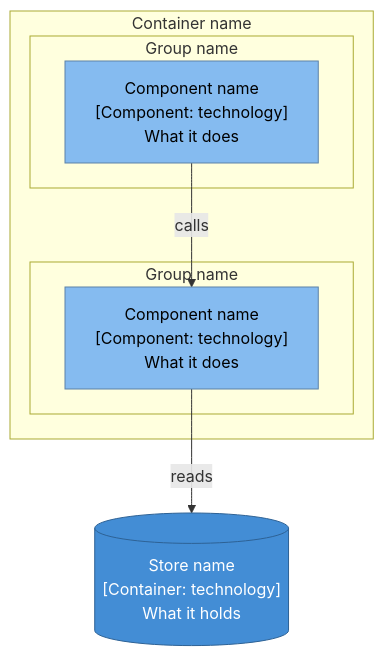
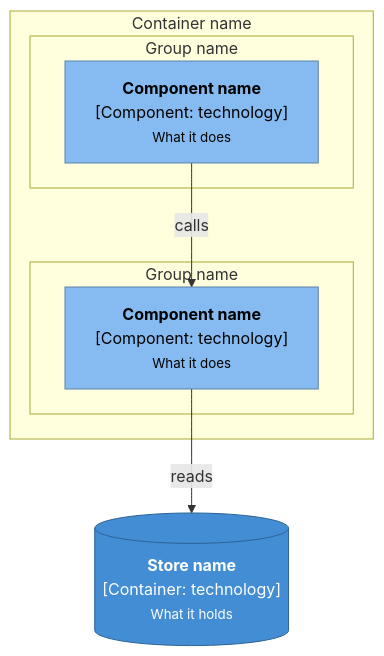
Before and after one commit to lyeyixian/job-search-app: the third of 5 diagrams in docs/architecture/diagram-templates.md, drawn with Mermaid. The commit also changed other lines of this file and 4 other files, not shown here.

First line of the commit message:
Shorten diagram labels and set line limits in the templates

````diff
--- a/docs/architecture/diagram-templates.md
+++ b/docs/architecture/diagram-templates.md
@@ -103,23 +113,23 @@
 ```mermaid
 flowchart TB
     subgraph container["Container name"]
         subgraph groupA["Group name"]
-            a["Component name<br/>[Component: technology]<br/>What it does"]:::component
+            a["<b>Component name</b><br/>[Component: technology]<br/><small>What it does</small>"]:::component
         end
         subgraph groupB["Group name"]
-            b["Component name<br/>[Component: technology]<br/>What it does"]:::component
+            b["<b>Component name</b><br/>[Component: technology]<br/><small>What it does</small>"]:::component
         end
     end
 
-    store[("Store name<br/>[Container: technology]<br/>What it holds")]:::store
+    store[("<b>Store name</b><br/>[Container: technology]<br/><small>What it holds</small>")]:::store
 
     a -- "calls" --> b
     b -- "reads" --> store
 
     classDef person fill:#08427b,stroke:#052e56,color:#ffffff
     classDef system fill:#1168bd,stroke:#0b4884,color:#ffffff
     classDef container fill:#438dd5,stroke:#2e6295,color:#ffffff
     classDef component fill:#85bbf0,stroke:#5d82a8,color:#000000
     classDef store fill:#438dd5,stroke:#2e6295,color:#ffffff
     classDef external fill:#999999,stroke:#6b6b6b,color:#ffffff
 ```
````
